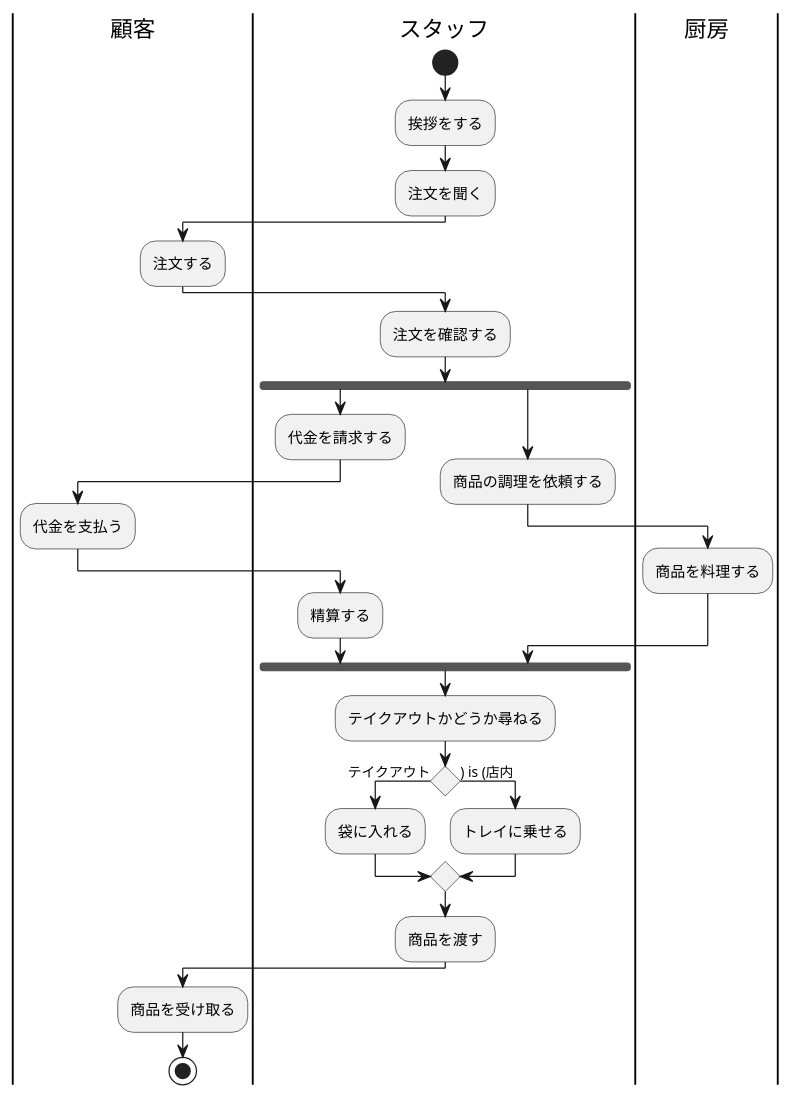
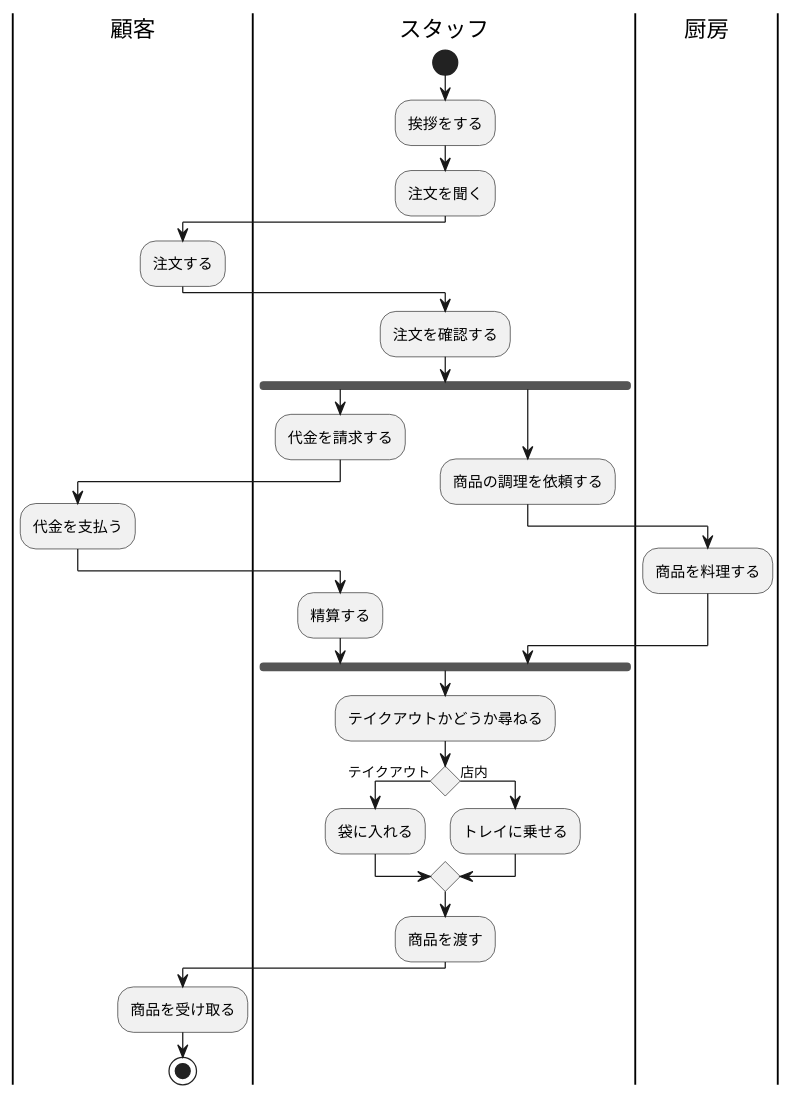
One commit to tenroro/uml_introduction changed the diagram in 演習7-4-2_AC_ハンバーガーショップ.pu. Above: the diagram before and after it, drawn with PlantUML.

Commit message:
なおし

```diff
--- a/演習7-4-2_AC_ハンバーガーショップ.pu
+++ b/演習7-4-2_AC_ハンバーガーショップ.pu
@@ -1,42 +1,42 @@
 @startuml アクティブ
 |顧客|
 |スタッフ|
 |厨房|
 
 |スタッフ|
 start
 :挨拶をする;
 :注文を聞く;
 |スタッフ|
 |顧客|
 :注文する;
 |顧客|
 |スタッフ|
 :注文を確認する;
 fork 
   :代金を請求する;
 |顧客|
 :代金を支払う;
 |顧客|
 |スタッフ|
 :精算する;
 |スタッフ|
 fork again 
   :商品の調理を依頼する;
 |厨房|
 :商品を料理する;
 |厨房|
 |スタッフ|
 end fork
 :テイクアウトかどうか尋ねる;
 if () is (テイクアウト) then
 :袋に入れる;
-else () is (店内)
+else (店内)
 :トレイに乗せる;
 endif
 :商品を渡す;
 |顧客|
 :商品を受け取る;
 stop
 |顧客|
 @enduml
```
